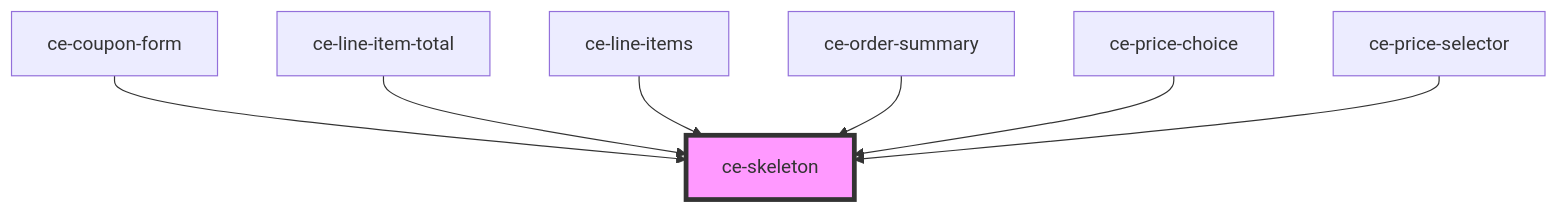
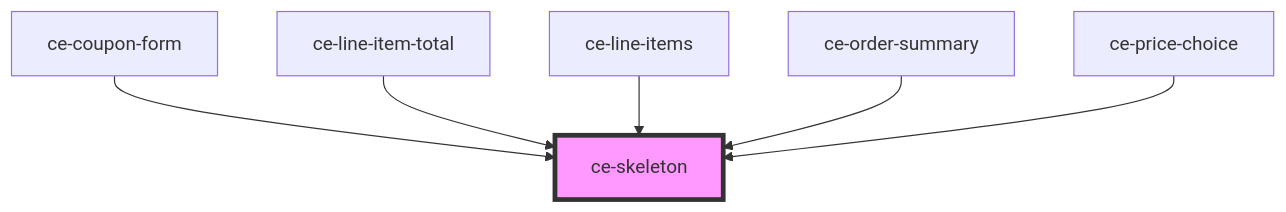
Before and after one commit to surecart/surecart-wp-plugin: the diagram in packages/components/src/components/ui/skeleton/readme.md, drawn with Mermaid. The commit also changed other lines of this file and 14 other files, not shown here.

````diff
--- a/packages/components/src/components/ui/skeleton/readme.md
+++ b/packages/components/src/components/ui/skeleton/readme.md
@@ -44,10 +43,9 @@
 ```mermaid
 graph TD;
   ce-coupon-form --> ce-skeleton
   ce-line-item-total --> ce-skeleton
   ce-line-items --> ce-skeleton
   ce-order-summary --> ce-skeleton
   ce-price-choice --> ce-skeleton
-  ce-price-selector --> ce-skeleton
   style ce-skeleton fill:#f9f,stroke:#333,stroke-width:4px
 ```
````
